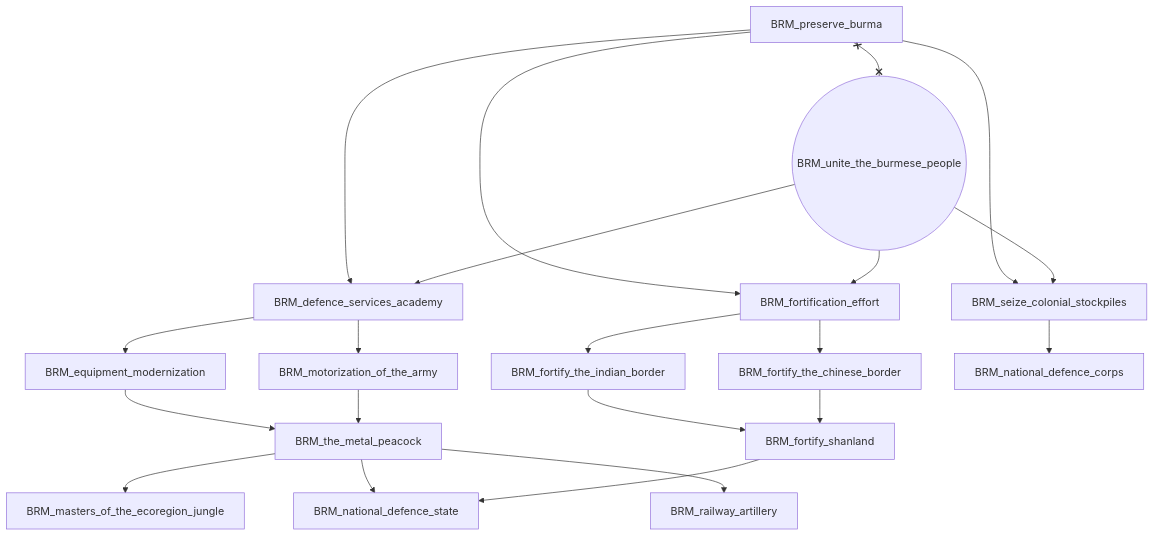
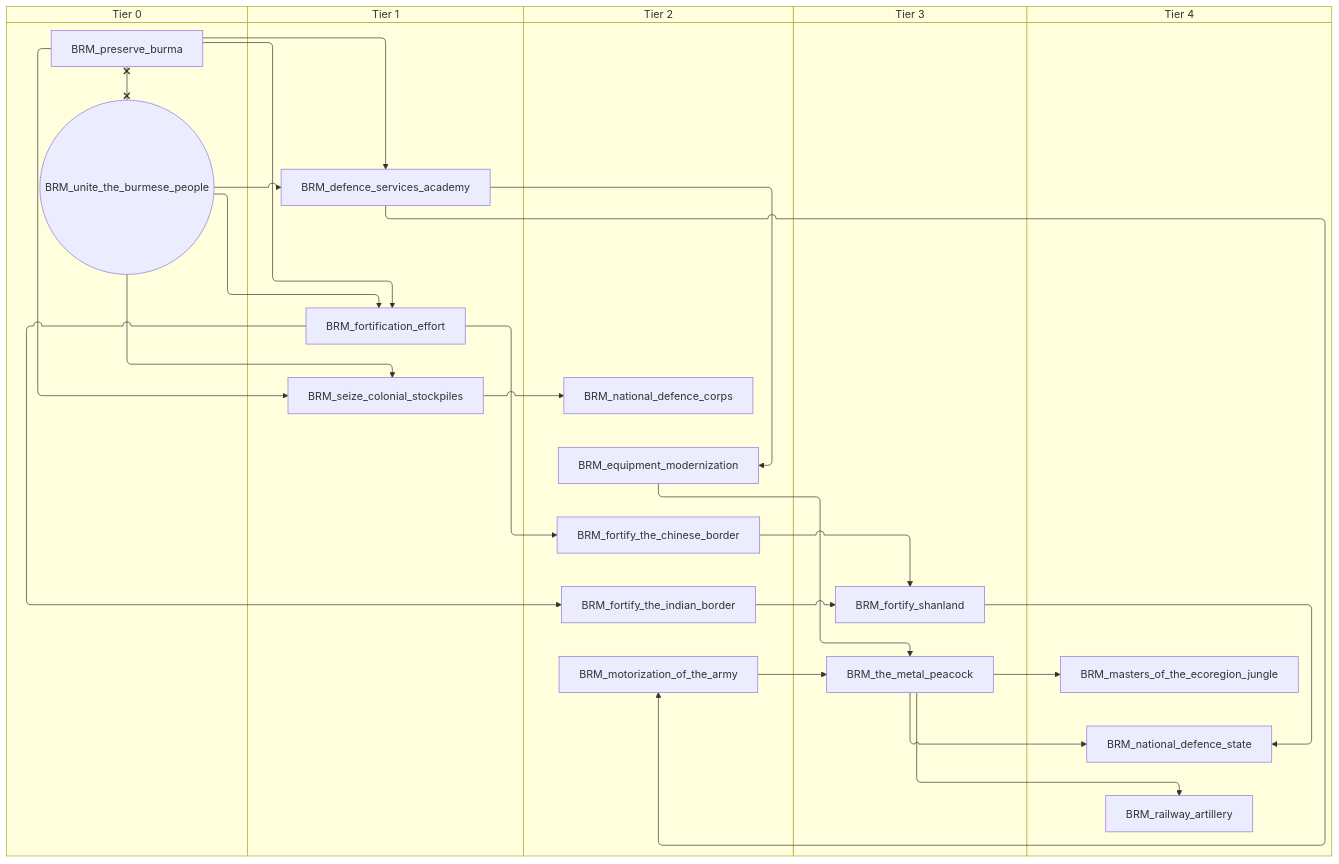
One commit to evgeny-sobol/hoi4-sandbox-mode-r56 changed the second of 2 diagrams in docs/gdd/National Focuses/r56/burma.md. Above: the diagram before and after it, drawn with Mermaid. The commit also changed other lines of this file and 423 other files, not shown here.

First line of the commit message:
Re-export Rt56 focus trees as swimlane diagrams

````diff
--- a/docs/gdd/National Focuses/r56/burma.md
+++ b/docs/gdd/National Focuses/r56/burma.md
@@ -44,38 +54,48 @@
 ```mermaid
-flowchart TD
-    n1["BRM_defence_services_academy"]
-    n2["BRM_equipment_modernization"]
-    n3["BRM_fortification_effort"]
-    n4["BRM_fortify_shanland"]
-    n5["BRM_fortify_the_chinese_border"]
-    n6["BRM_fortify_the_indian_border"]
-    n7["BRM_masters_of_the_ecoregion_jungle"]
-    n8["BRM_motorization_of_the_army"]
-    n9["BRM_national_defence_corps"]
-    n10["BRM_national_defence_state"]
-    n11["BRM_preserve_burma"]
-    n12["BRM_railway_artillery"]
-    n13["BRM_seize_colonial_stockpiles"]
-    n14["BRM_the_metal_peacock"]
-    n15(("BRM_unite_the_burmese_people"))
-    n11 --> n1
-    n15 --> n1
-    n1 --> n2
-    n11 --> n3
-    n15 --> n3
-    n6 --> n4
-    n5 --> n4
-    n3 --> n5
+swimlane-beta TD
+    subgraph tier_0["Tier 0"]
+        n1["BRM_preserve_burma"]
+        n2(("BRM_unite_the_burmese_people"))
+    end
+    subgraph tier_1["Tier 1"]
+        n3["BRM_defence_services_academy"]
+        n4["BRM_fortification_effort"]
+        n5["BRM_seize_colonial_stockpiles"]
+    end
+    subgraph tier_2["Tier 2"]
+        n6["BRM_equipment_modernization"]
+        n7["BRM_fortify_the_chinese_border"]
+        n8["BRM_fortify_the_indian_border"]
+        n9["BRM_motorization_of_the_army"]
+        n10["BRM_national_defence_corps"]
+    end
+    subgraph tier_3["Tier 3"]
+        n11["BRM_fortify_shanland"]
+        n12["BRM_the_metal_peacock"]
+    end
+    subgraph tier_4["Tier 4"]
+        n13["BRM_masters_of_the_ecoregion_jungle"]
+        n14["BRM_national_defence_state"]
+        n15["BRM_railway_artillery"]
+    end
+    n1 --> n3
+    n2 --> n3
     n3 --> n6
-    n14 --> n7
-    n1 --> n8
-    n13 --> n9
-    n14 --> n10
-    n4 --> n10
-    n14 --> n12
-    n11 --> n13
-    n15 --> n13
-    n2 --> n14
-    n8 --> n14
-    n11 x--x n15
+    n1 --> n4
+    n2 --> n4
+    n8 --> n11
+    n7 --> n11
+    n4 --> n7
+    n4 --> n8
+    n12 --> n13
+    n3 --> n9
+    n5 --> n10
+    n12 --> n14
+    n11 --> n14
+    n12 --> n15
+    n1 --> n5
+    n2 --> n5
+    n6 --> n12
+    n9 --> n12
+    n1 x--x n2
 ```
````
